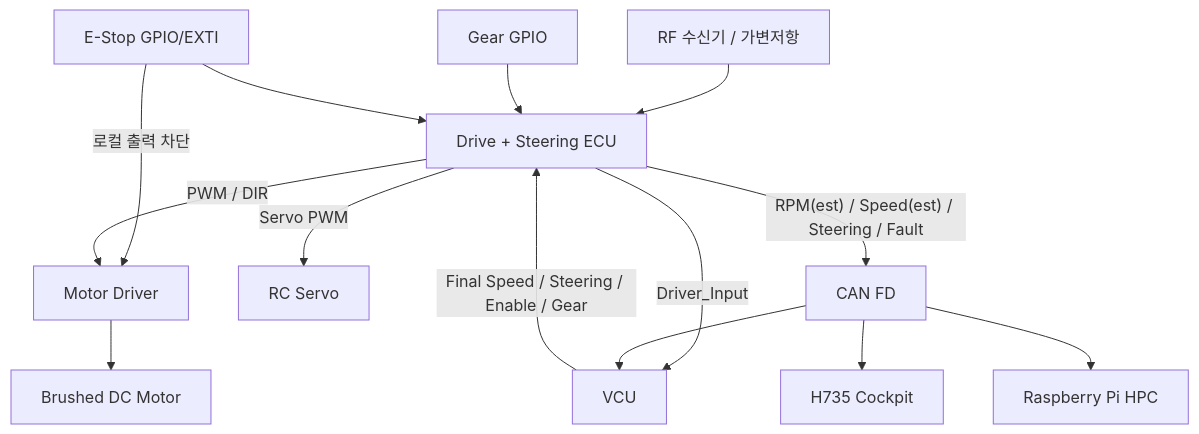
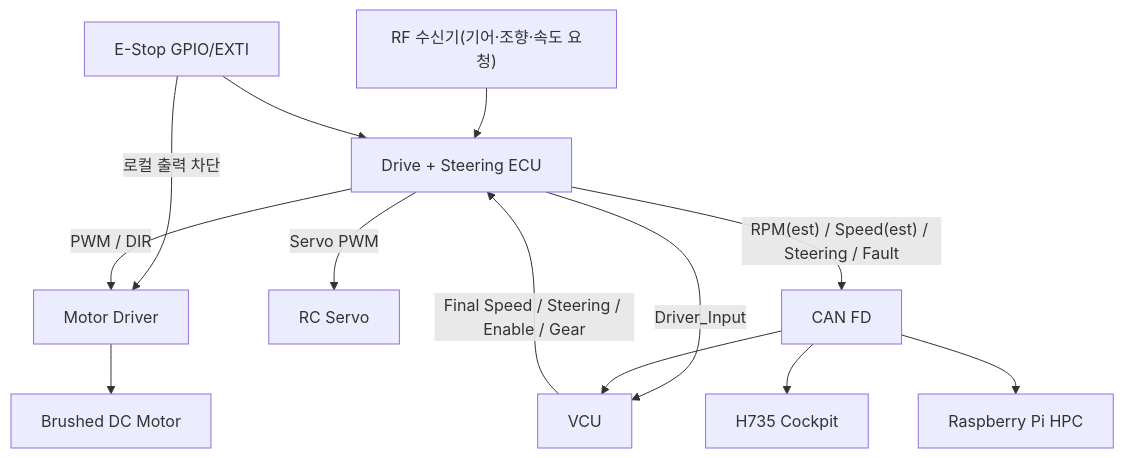
The first of 5 diagrams in docs/ecus/Motor_Steering_Control/ARCHITECTURE.md (sunmaan22/SDV_MCU_Project), drawn with Mermaid before and after one commit. The commit also changed other lines of this file and 13 other files, not shown here.

````diff
--- a/docs/ecus/Motor_Steering_Control/ARCHITECTURE.md
+++ b/docs/ecus/Motor_Steering_Control/ARCHITECTURE.md
@@ -106,16 +109,16 @@
 ```mermaid
 flowchart TD
-    RFIN["RF 수신기 / 가변저항"] --> DRIVE["Drive + Steering ECU"]
-    GEAR["Gear GPIO"] --> DRIVE
+    RFIN["RF 수신기(기어·조향·속도 요청)"] --> DRIVE["Drive + Steering ECU"]
+    %% Gear는 RFIN의 RF 요청에 포함된다.
     ESTOP["E-Stop GPIO/EXTI"] --> DRIVE
     ESTOP -->|"로컬 출력 차단"| MD
     VCU["VCU"] -->|"Final Speed / Steering / Enable / Gear"| DRIVE
     DRIVE -->|"Driver_Input"| VCU
     DRIVE -->|"PWM / DIR"| MD["Motor Driver"]
     MD --> MOTOR["Brushed DC Motor"]
     DRIVE -->|"Servo PWM"| SERVO["RC Servo"]
     DRIVE -->|"RPM(est) / Speed(est) / Steering / Fault"| CAN["CAN FD"]
     CAN --> VCU
     CAN --> HMI["H735 Cockpit"]
     CAN --> HPC["Raspberry Pi HPC"]
 ```
````
